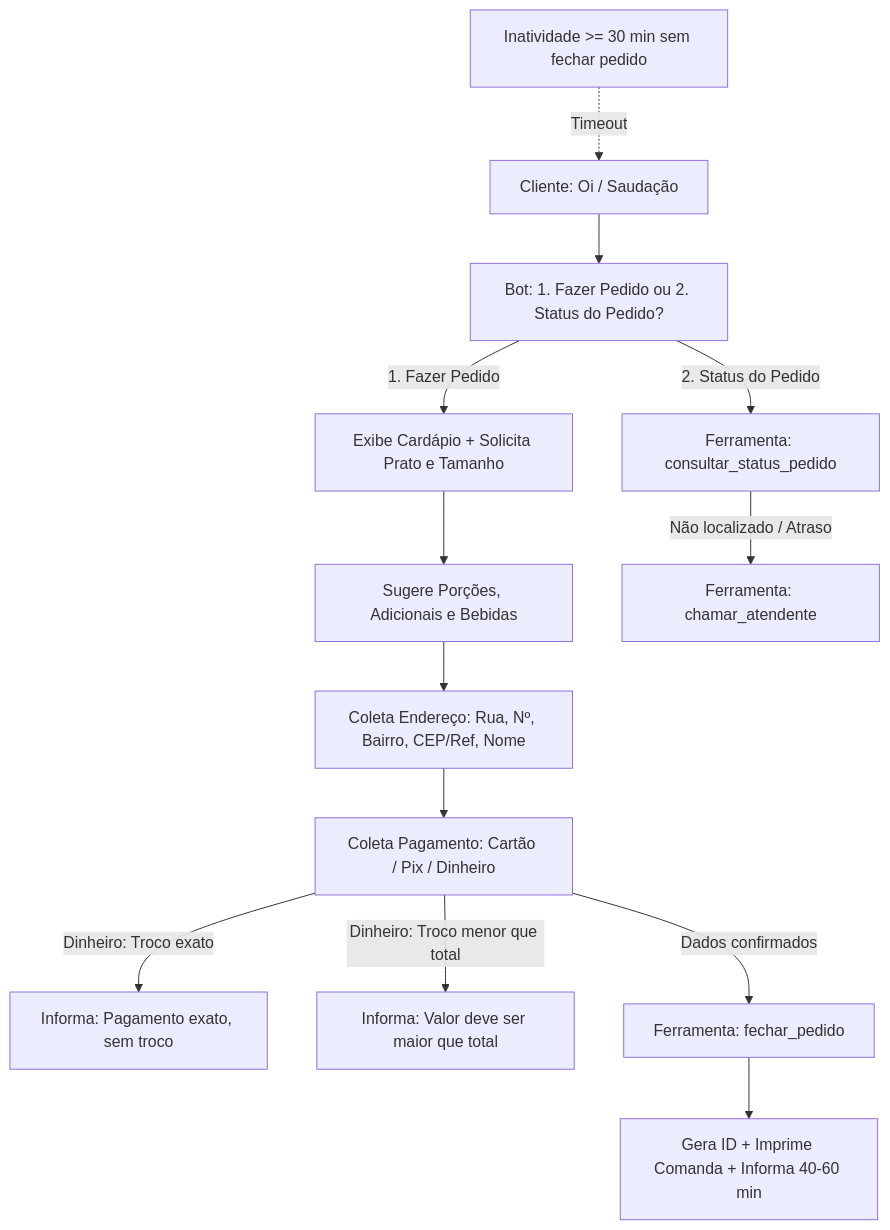
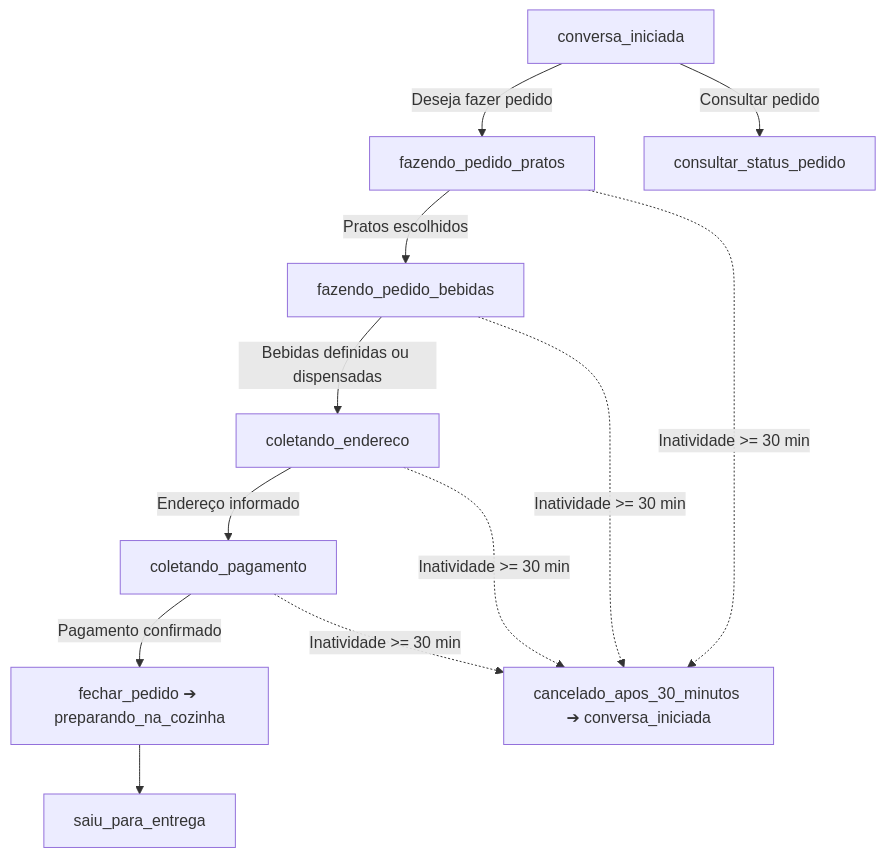
Before and after one commit to AlexsandroHonorato/restaurante-ricardo-whatsapp: the diagram in ANDAMENTO.md, drawn with Mermaid. The commit also changed other lines of this file and 2 other files, not shown here.

Commit message:
feat: implementa maquina de estados conversacional e regra de continuidade com timeout de 30min

````diff
--- a/ANDAMENTO.md
+++ b/ANDAMENTO.md
@@ -44,15 +54,14 @@
 ```mermaid
 graph TD
-    A[Cliente: Oi / Saudação] --> B[Bot: 1. Fazer Pedido ou 2. Status do Pedido?]
-    B -->|1. Fazer Pedido| C[Exibe Cardápio + Solicita Prato e Tamanho]
-    C --> D[Sugere Porções, Adicionais e Bebidas]
-    D --> E[Coleta Endereço: Rua, Nº, Bairro, CEP/Ref, Nome]
-    E --> F[Coleta Pagamento: Cartão / Pix / Dinheiro]
-    F -->|Dinheiro: Troco exato| G1[Informa: Pagamento exato, sem troco]
-    F -->|Dinheiro: Troco menor que total| G2[Informa: Valor deve ser maior que total]
-    F -->|Dados confirmados| H[Ferramenta: fechar_pedido]
-    H --> I[Gera ID + Imprime Comanda + Informa 40-60 min]
-    B -->|2. Status do Pedido| J[Ferramenta: consultar_status_pedido]
-    J -->|Não localizado / Atraso| K[Ferramenta: chamar_atendente]
-    L[Inatividade >= 30 min sem fechar pedido] -.->|Timeout| A
+    A[conversa_iniciada] -->|Deseja fazer pedido| B[fazendo_pedido_pratos]
+    A -->|Consultar pedido| S[consultar_status_pedido]
+    B -->|Pratos escolhidos| C[fazendo_pedido_bebidas]
+    C -->|Bebidas definidas ou dispensadas| D[coletando_endereco]
+    D -->|Endereço informado| E[coletando_pagamento]
+    E -->|Pagamento confirmado| F[fechar_pedido ➔ preparando_na_cozinha]
+    F --> G[saiu_para_entrega]
+    B -.->|Inatividade >= 30 min| H[cancelado_apos_30_minutos ➔ conversa_iniciada]
+    C -.->|Inatividade >= 30 min| H
+    D -.->|Inatividade >= 30 min| H
+    E -.->|Inatividade >= 30 min| H
 ```
````
